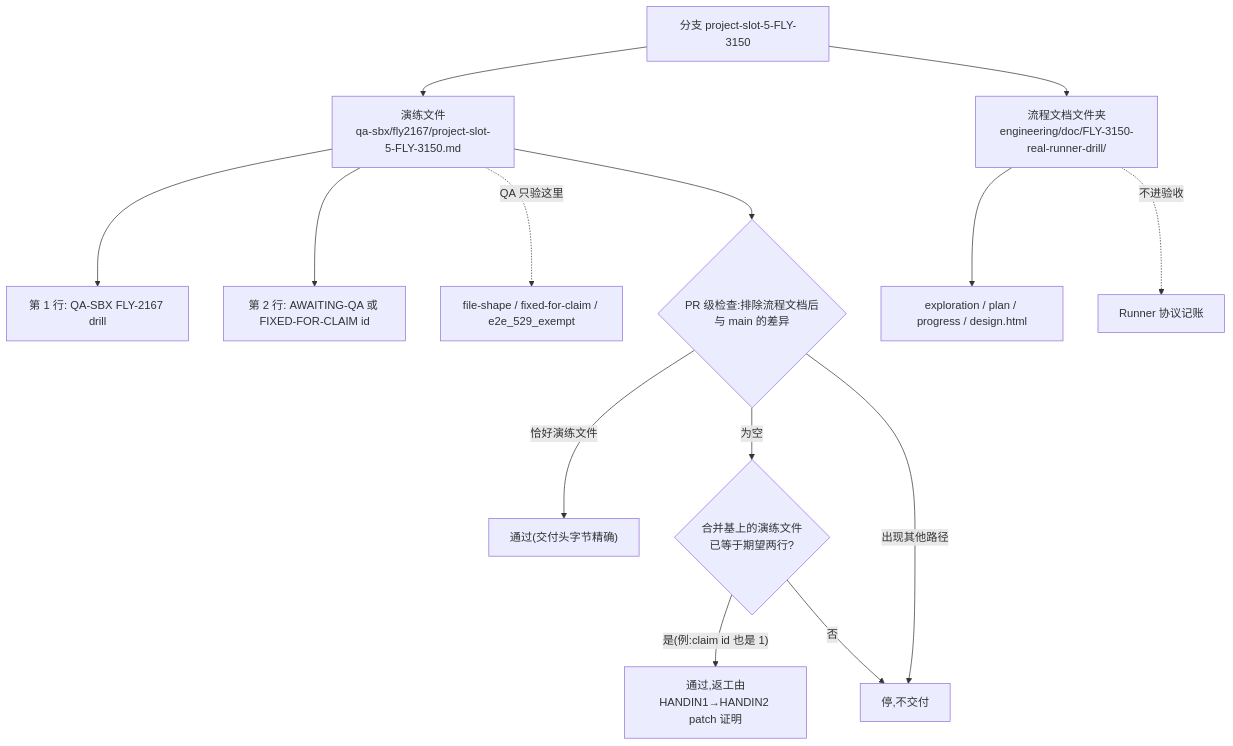
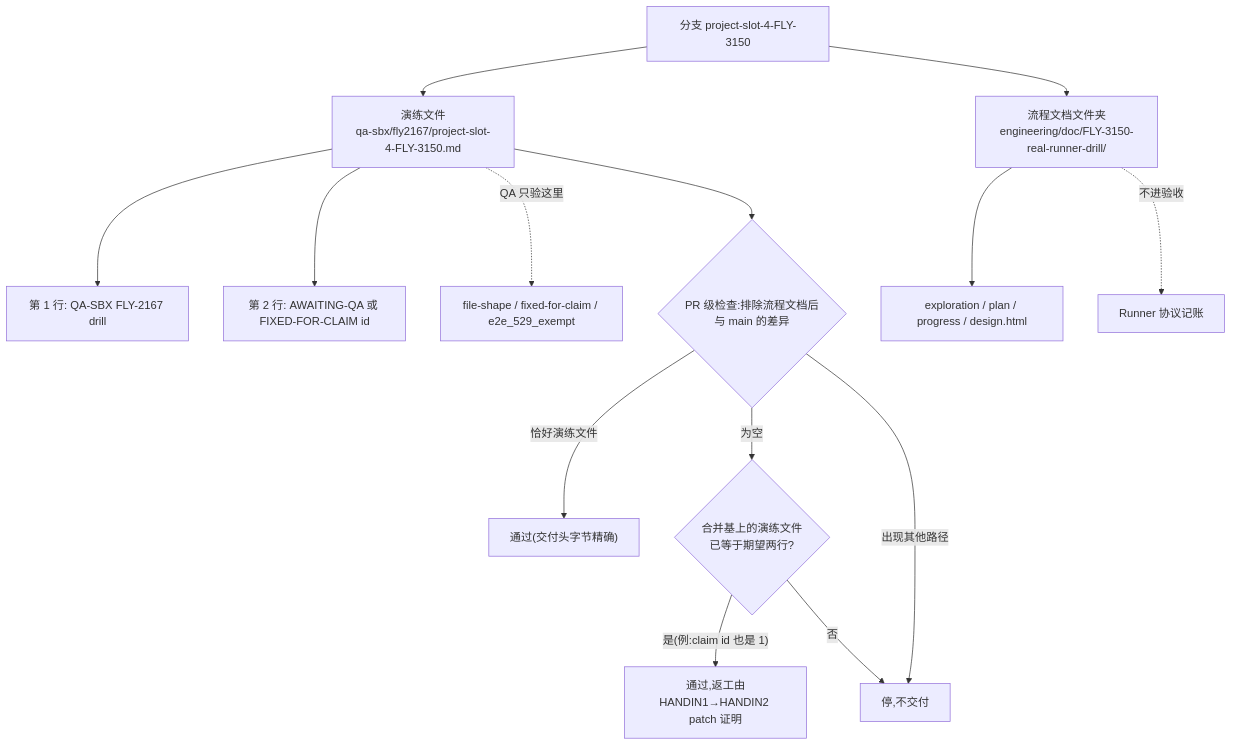
The diagram in engineering/doc/FLY-3150-real-runner-drill/d2-data-model.mmd (xrliAnnie/flywheel-qa-sandbox), drawn with Mermaid before and after one commit. The commit also changed 5 other files, not shown here.

Commit message:
docs(qa-sbx): FLY-3150 founder design HTML for run b98e6529

```diff
--- a/engineering/doc/FLY-3150-real-runner-drill/d2-data-model.mmd
+++ b/engineering/doc/FLY-3150-real-runner-drill/d2-data-model.mmd
@@ -1,14 +1,14 @@
 flowchart TD
-    B["分支 project-slot-5-FLY-3150"] --> T["演练文件<br/>qa-sbx/fly2167/project-slot-5-FLY-3150.md"]
+    B["分支 project-slot-4-FLY-3150"] --> T["演练文件<br/>qa-sbx/fly2167/project-slot-4-FLY-3150.md"]
     B --> P["流程文档文件夹<br/>engineering/doc/FLY-3150-real-runner-drill/"]
     T --> L1["第 1 行: QA-SBX FLY-2167 drill"]
     T --> L2["第 2 行: AWAITING-QA 或 FIXED-FOR-CLAIM id"]
     P --> X["exploration / plan / progress / design.html"]
     T -. "QA 只验这里" .-> C["file-shape / fixed-for-claim / e2e_529_exempt"]
     P -. "不进验收" .-> N["Runner 协议记账"]
     T --> A{"PR 级检查:排除流程文档后<br/>与 main 的差异"}
     A -- "恰好演练文件" --> OK1["通过(交付头字节精确)"]
     A -- "为空" --> E{"合并基上的演练文件<br/>已等于期望两行?"}
     E -- "是(例:claim id 也是 1)" --> OK2["通过,返工由<br/>HANDIN1→HANDIN2 patch 证明"]
     E -- "否" --> STOP["停,不交付"]
     A -- "出现其他路径" --> STOP
```
